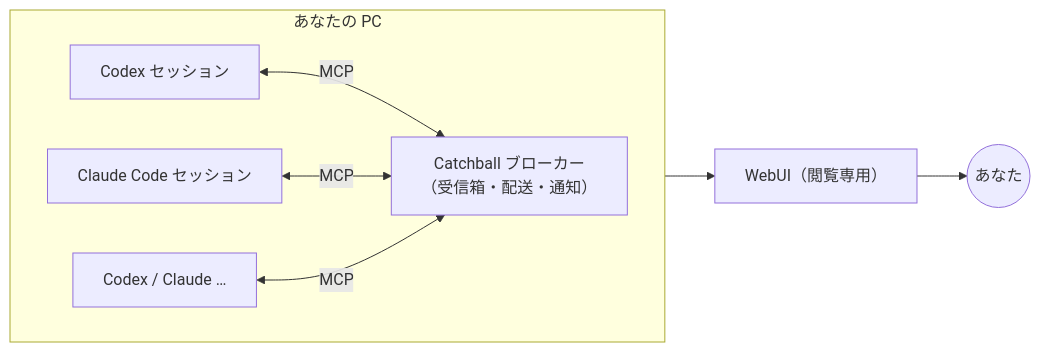
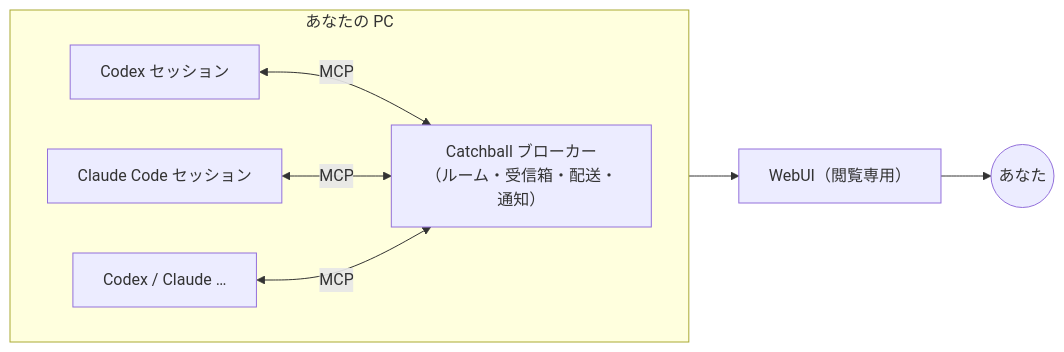
The diagram in README.md (Ramo-Inc/Catchball), drawn with Mermaid before and after one commit. The commit also changed other lines of this file and 29 other files, not shown here.

````diff
--- a/README.md
+++ b/README.md
@@ -19,15 +20,15 @@
 ```mermaid
 flowchart LR
   subgraph PC["あなたの PC"]
     direction LR
     A["Codex セッション"]
     B["Claude Code セッション"]
     C["Codex / Claude …"]
-    BR["Catchball ブローカー<br/>（受信箱・配送・通知）"]
+    BR["Catchball ブローカー<br/>（ルーム・受信箱・配送・通知）"]
     A <-- "MCP" --> BR
     B <-- "MCP" --> BR
     C <-- "MCP" --> BR
   end
   BR --> UI["WebUI（閲覧専用）"]
   UI --> YOU(("あなた"))
 ```
````
